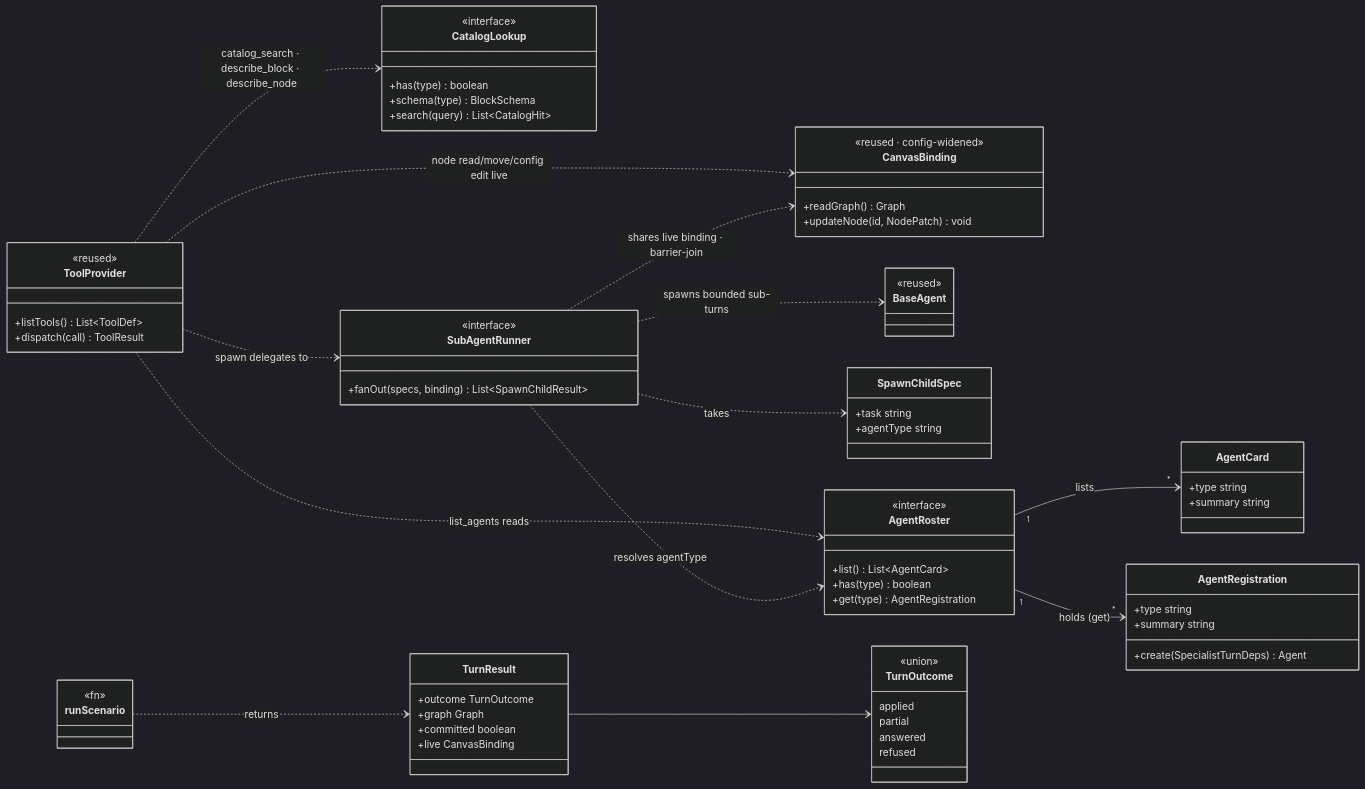
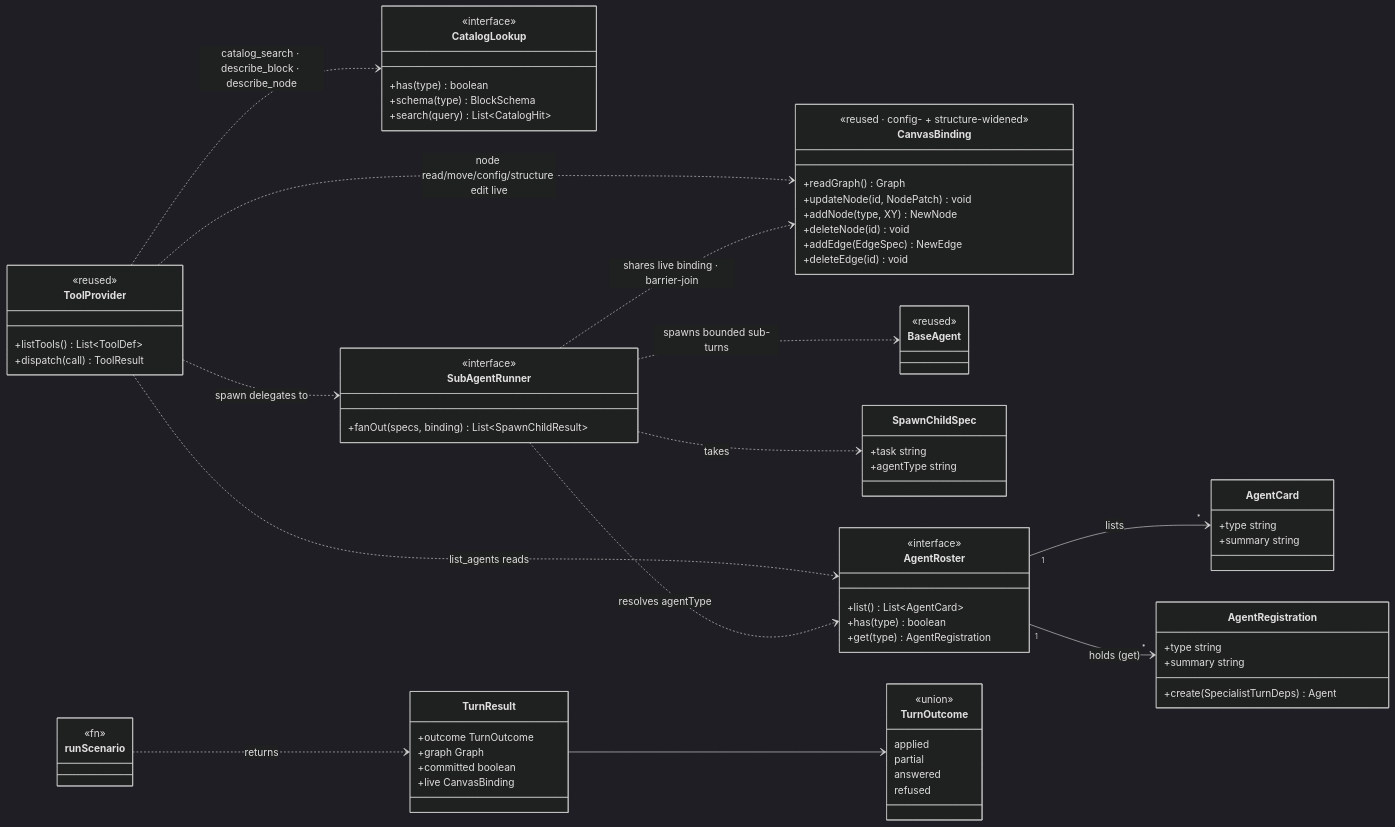
One commit to lemoncloud-io/eureka-flow changed the diagram in docs/browser-agent/design/harness-interfaces.md. Above: the diagram before and after it, drawn with Mermaid (dark theme). The commit also changed other lines of this file and 33 other files, not shown here.

First line of the commit message:
feat(agent): structural node & edge specialist agents over the live canvas

```diff
--- a/docs/browser-agent/design/harness-interfaces.md
+++ b/docs/browser-agent/design/harness-interfaces.md
@@ -17,9 +18,13 @@
 
     %% ── live canvas · tools · catalog ─────────────────────────────
     class CanvasBinding {
-        <<reused · config-widened>>
+        <<reused · config- + structure-widened>>
         +readGraph() Graph
         +updateNode(id, NodePatch) void
+        +addNode(type, XY) NewNode
+        +deleteNode(id) void
+        +addEdge(EdgeSpec) NewEdge
+        +deleteEdge(id) void
     }
     class ToolProvider {
         <<reused>>
@@ -75,7 +80,7 @@
         refused
     }
 
-    ToolProvider ..> CanvasBinding : node read/move/config edit live
+    ToolProvider ..> CanvasBinding : node read/move/config/structure edit live
     ToolProvider ..> CatalogLookup : catalog_search · describe_block · describe_node
     ToolProvider ..> AgentRoster : list_agents reads
     ToolProvider ..> SubAgentRunner : spawn delegates to
```
